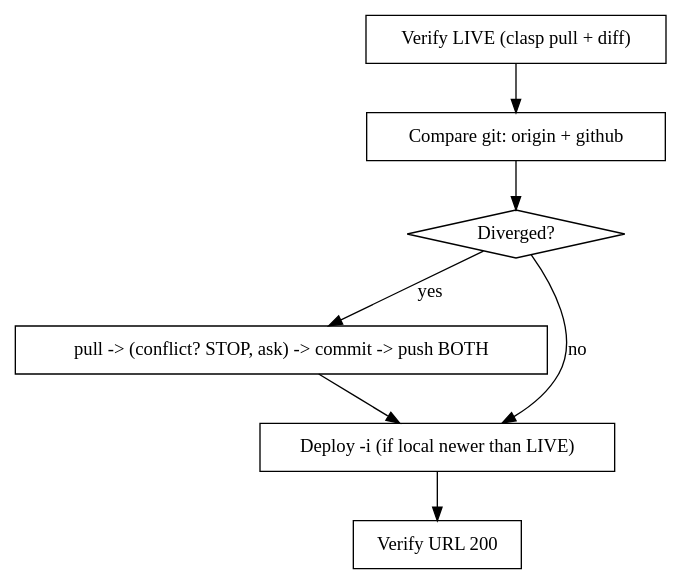
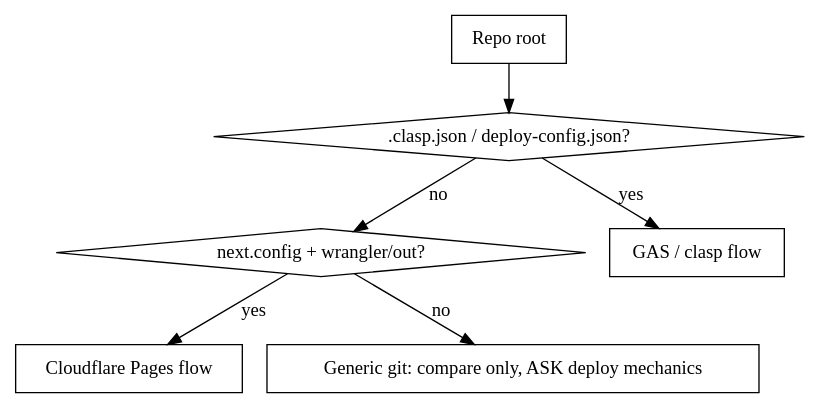
The diagram in sync-verify-deploy/SKILL.md (IntraWY/my-claude-skills), drawn with Graphviz before and after one commit. The commit also changed other lines of this file and 3 other files, not shown here.

First line of the commit message:
feat(sync-verify-deploy): make project-agnostic (auto-detect GAS clasp vs Cloudflare Pages)

````diff
--- a/sync-verify-deploy/SKILL.md
+++ b/sync-verify-deploy/SKILL.md
@@ -20,15 +24,15 @@
 ```dot
-digraph svd {
-  "Verify LIVE (clasp pull + diff)" [shape=box];
-  "Compare git: origin + github" [shape=box];
-  "Diverged?" [shape=diamond];
-  "pull -> (conflict? STOP, ask) -> commit -> push BOTH" [shape=box];
-  "Deploy -i (if local newer than LIVE)" [shape=box];
-  "Verify URL 200" [shape=box];
-  "Verify LIVE (clasp pull + diff)" -> "Compare git: origin + github" -> "Diverged?";
-  "Diverged?" -> "pull -> (conflict? STOP, ask) -> commit -> push BOTH" [label="yes"];
-  "Diverged?" -> "Deploy -i (if local newer than LIVE)" [label="no"];
-  "pull -> (conflict? STOP, ask) -> commit -> push BOTH" -> "Deploy -i (if local newer than LIVE)";
-  "Deploy -i (if local newer than LIVE)" -> "Verify URL 200";
+digraph detect {
+  "Repo root" [shape=box];
+  ".clasp.json / deploy-config.json?" [shape=diamond];
+  "next.config + wrangler/out?" [shape=diamond];
+  "GAS / clasp flow" [shape=box];
+  "Cloudflare Pages flow" [shape=box];
+  "Generic git: compare only, ASK deploy mechanics" [shape=box];
+  "Repo root" -> ".clasp.json / deploy-config.json?";
+  ".clasp.json / deploy-config.json?" -> "GAS / clasp flow" [label="yes"];
+  ".clasp.json / deploy-config.json?" -> "next.config + wrangler/out?" [label="no"];
+  "next.config + wrangler/out?" -> "Cloudflare Pages flow" [label="yes"];
+  "next.config + wrangler/out?" -> "Generic git: compare only, ASK deploy mechanics" [label="no"];
 }
 ```
````
